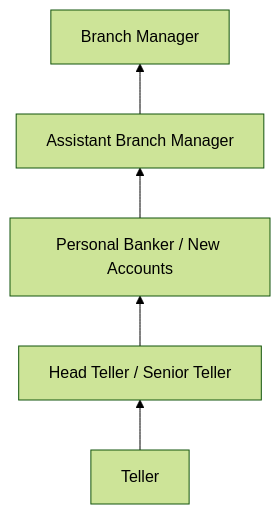
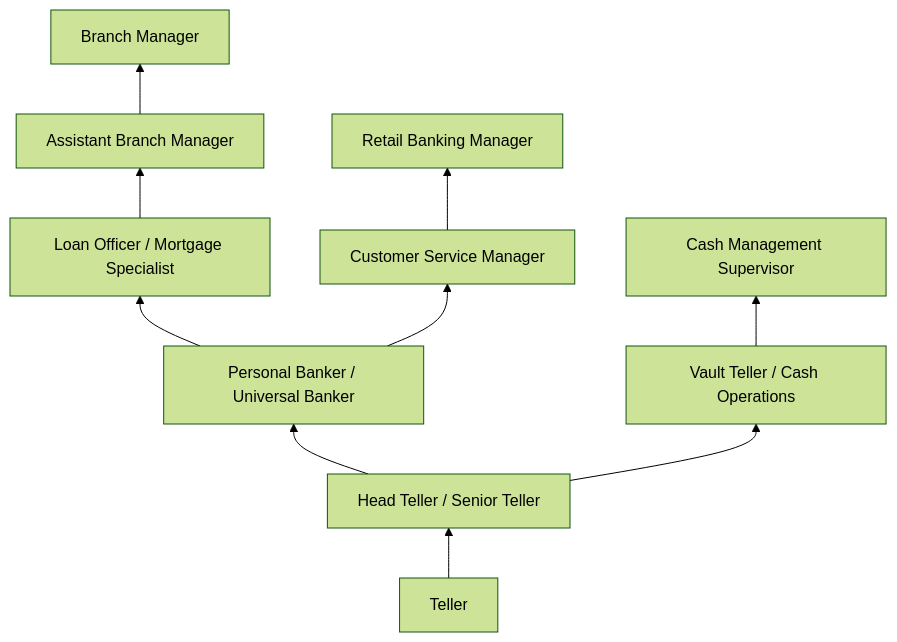
One commit to kziemski/business.org.ai changed the third of 4 diagrams in occupations/Administrative/Tellers.mdx. Above: the diagram before and after it, drawn with Mermaid (forest theme). The commit also changed other lines of this file and 19 other files, not shown here.

````diff
--- a/occupations/Administrative/Tellers.mdx
+++ b/occupations/Administrative/Tellers.mdx
@@ -76,7 +136,14 @@
 ```mermaid
 graph BT
     Entry["Teller"] --> Mid["Head Teller / Senior Teller"]
-    Mid --> Banker["Personal Banker / New Accounts"]
-    Banker --> Manager["Assistant Branch Manager"]
+    Mid --> Banker["Personal Banker / Universal Banker"]
+    Banker --> LO["Loan Officer / Mortgage Specialist"]
+    LO --> Manager["Assistant Branch Manager"]
     Manager --> BM["Branch Manager"]
+
+    Mid --> Vault["Vault Teller / Cash Operations"]
+    Vault --> CashMgr["Cash Management Supervisor"]
+
+    Banker --> CSR["Customer Service Manager"]
+    CSR --> RetailMgr["Retail Banking Manager"]
 ```
````
